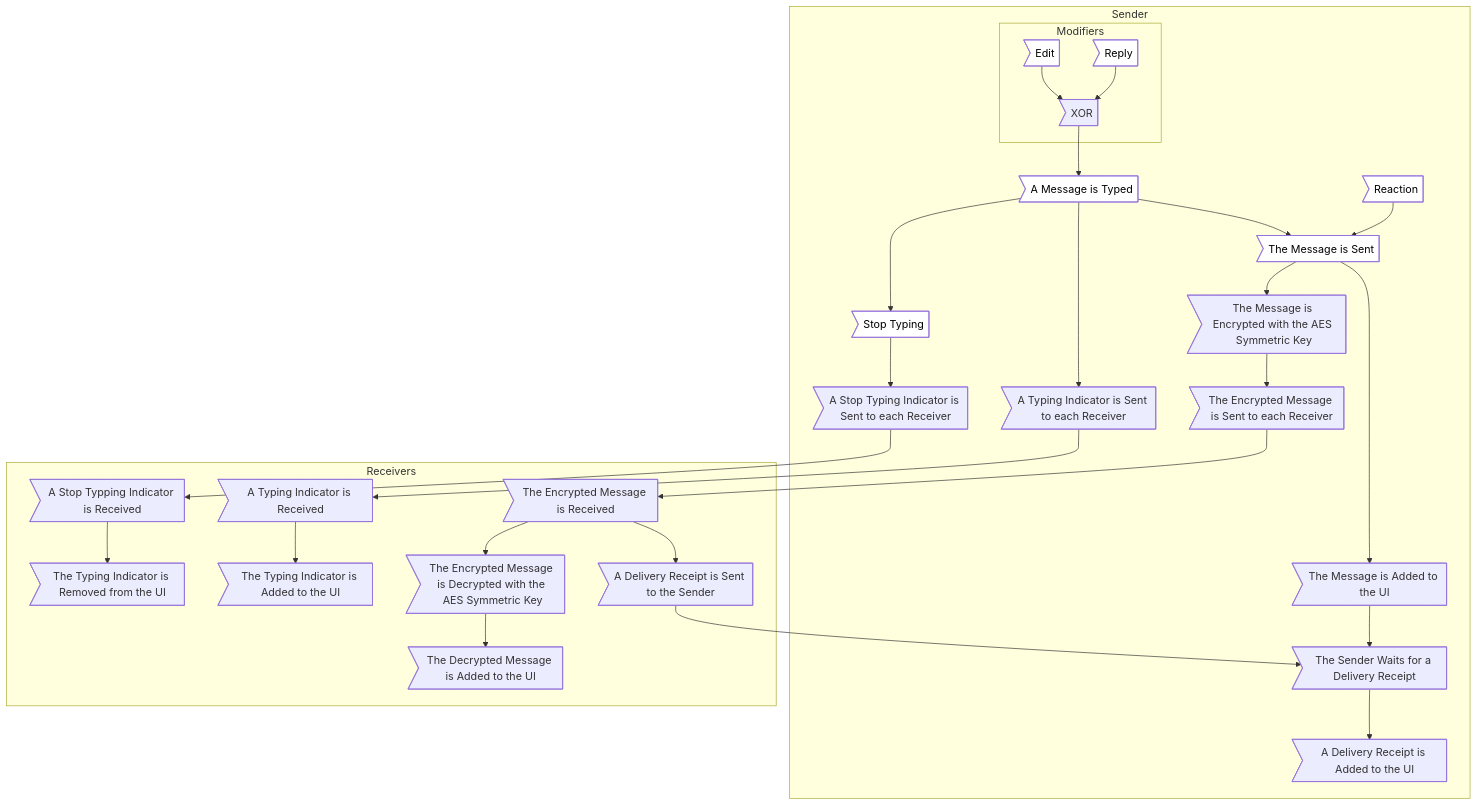
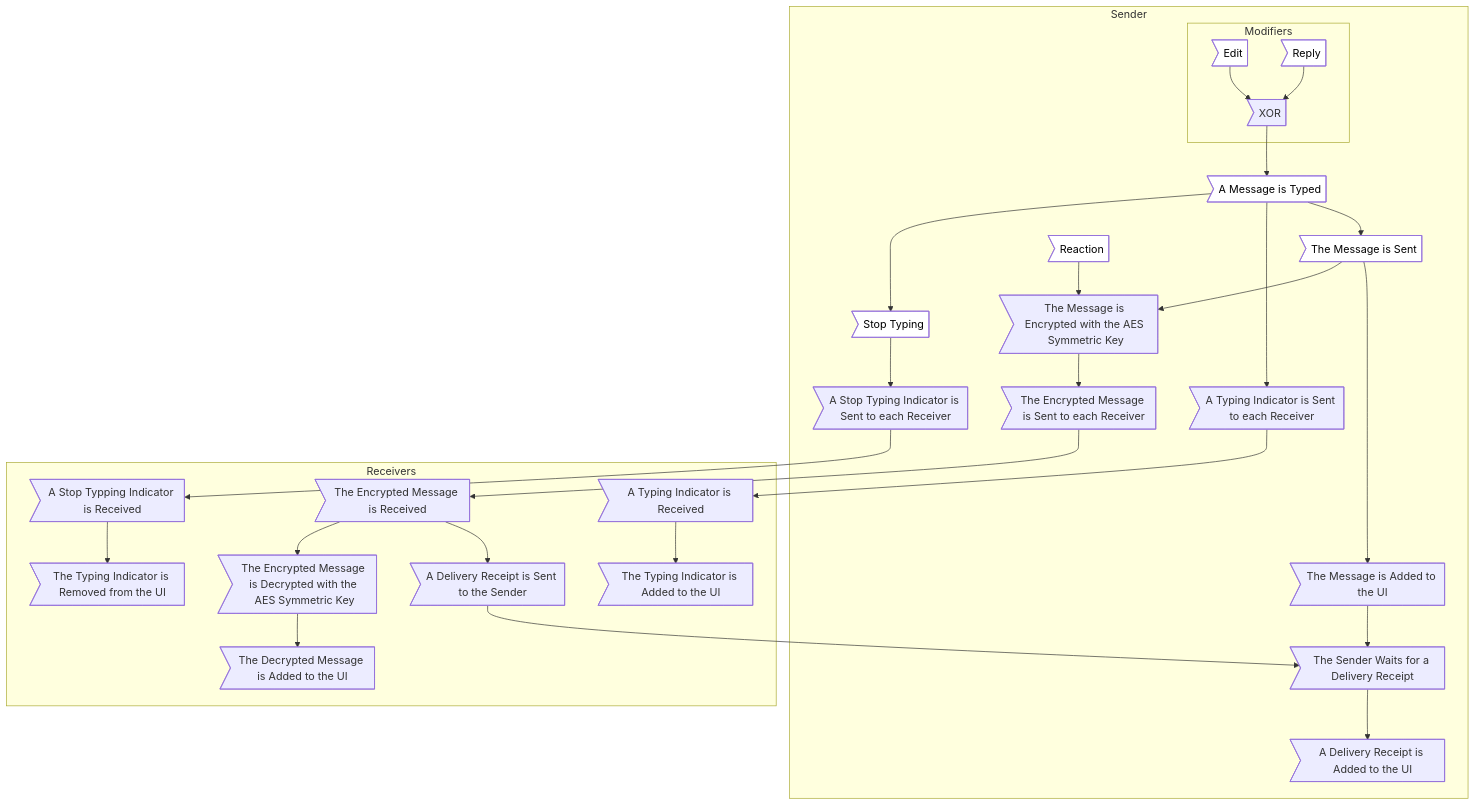
The fifth of 5 diagrams in 4+1.md (xXCrash2BomberXx/TinyChat), drawn with Mermaid before and after one commit.

````diff
--- a/4+1.md
+++ b/4+1.md
@@ -132,35 +132,35 @@
 ```mermaid
 graph TB;
   subgraph "Sender"
     subgraph "Modifiers"
       P>Edit] --> O;
       Q>Reply] --> O;
     end
     O>XOR] --> A;
     A>A Message is Typed];
     A --> S>Stop Typing];
     S --> T>A Stop Typing Indicator is Sent to each Receiver];
     A --> B>A Typing Indicator is Sent to each Receiver];
     A --> E>The Message is Sent];
-    R>Reaction] --> E;
     E --> F>The Message is Encrypted with the AES Symmetric Key];
+    R>Reaction] --> F;
     F --> G>The Encrypted Message is Sent to each Receiver];
     E --> L>The Message is Added to the UI];
     L --> M>The Sender Waits for a Delivery Receipt];
     M --> N>A Delivery Receipt is Added to the UI];
   end
   subgraph "Receivers"
     B --> C>A Typing Indicator is Received];
     C --> D>The Typing Indicator is Added to the UI];
     G --> H>The Encrypted Message is Received];
     H --> I>The Encrypted Message is Decrypted with the AES Symmetric Key];
     I --> J>The Decrypted Message is Added to the UI];
     H --> K>A Delivery Receipt is Sent to the Sender];
     K --> M;
     T --> U>A Stop Typping Indicator is Received];
     U --> V>The Typing Indicator is Removed from the UI];
   end
 
   classDef user fill:#fff,color:#000
   class A,E,P,Q,R,S user;
 ```
````
